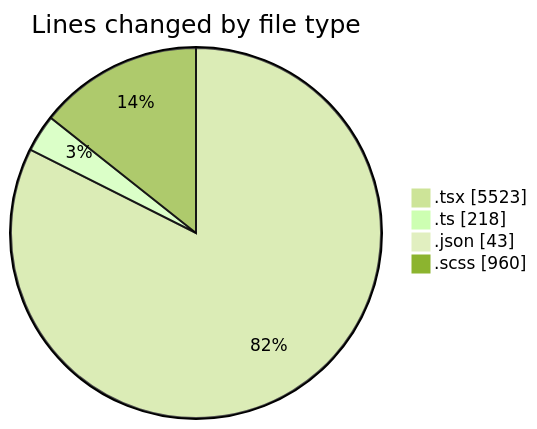
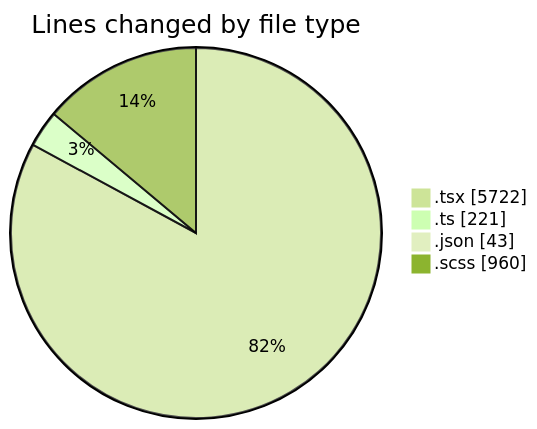
Before and after one commit to momahboobian/code-tracking: the first of 2 diagrams in 2025-09-23/cda/README.md, drawn with Mermaid (forest theme). The commit also changed other lines of this file and 1 other file, not shown here.

````diff
--- a/2025-09-23/cda/README.md
+++ b/2025-09-23/cda/README.md
@@ -35,8 +38,8 @@
 ```mermaid
 pie showData
 title Lines changed by file type
-".tsx" : 5523
-".ts" : 218
+".tsx" : 5722
+".ts" : 221
 ".json" : 43
 ".scss" : 960
 ```
````
